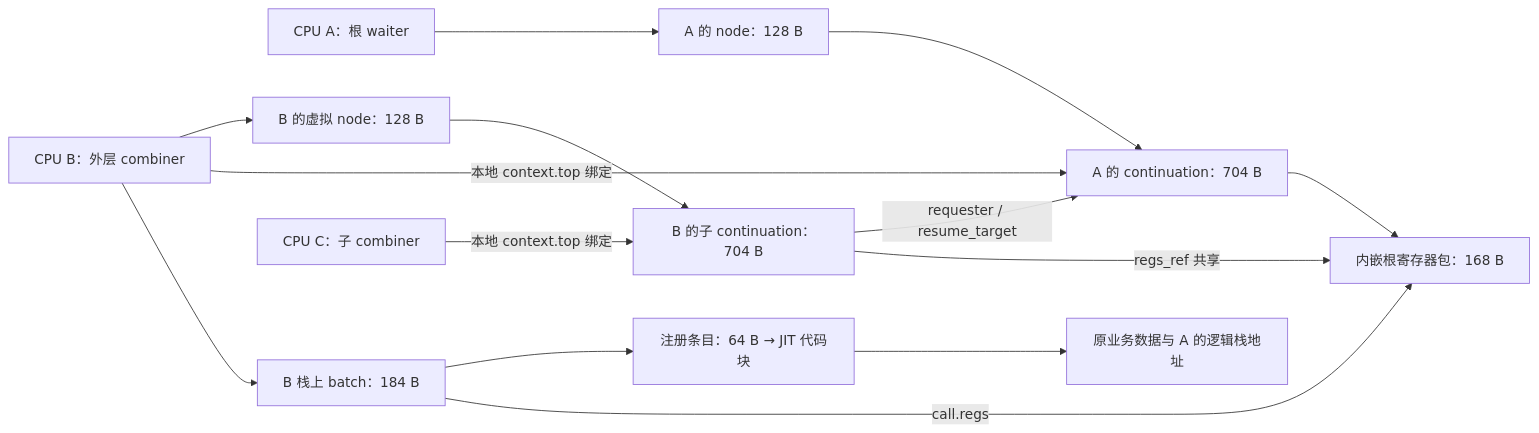
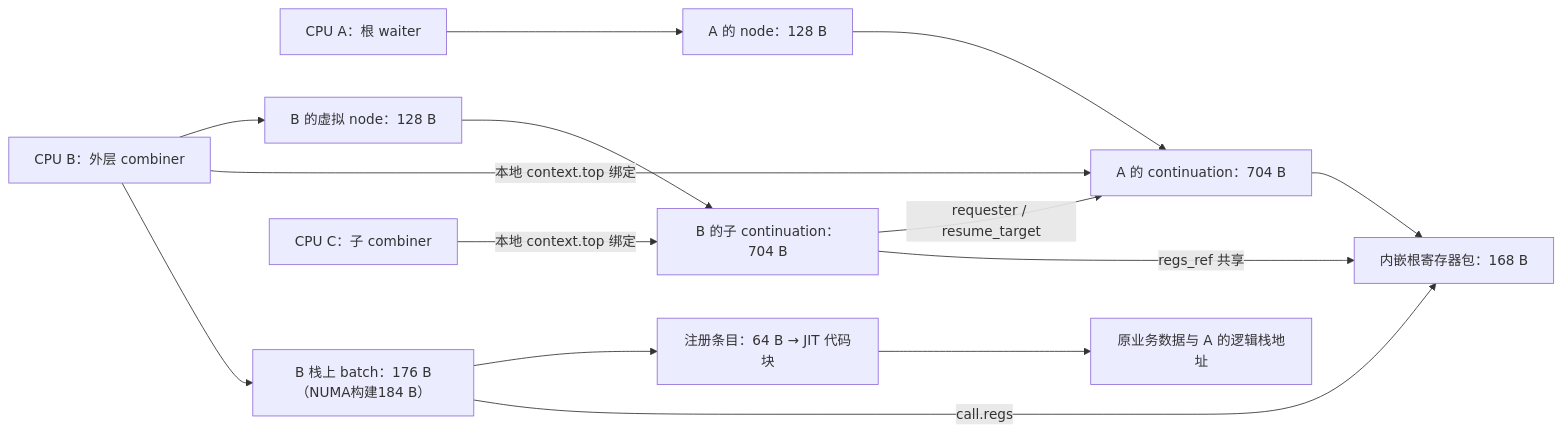
One commit to hailongeric/kdlock changed the second of 2 diagrams in bench/spin_cacheline/EXECUTION_PATHS.md. Above: the diagram before and after it, drawn with Mermaid. The commit also changed other lines of this file and 19 other files, not shown here.

````diff
--- a/bench/spin_cacheline/EXECUTION_PATHS.md
+++ b/bench/spin_cacheline/EXECUTION_PATHS.md
@@ -472,16 +472,16 @@
 ```mermaid
 flowchart LR
     A["CPU A：根 waiter"] --> NA["A 的 node：128 B"]
     NA --> RA["A 的 continuation：704 B"]
     RA --> P["内嵌根寄存器包：168 B"]
-    B["CPU B：外层 combiner"] --> CB["B 栈上 batch：184 B"]
+    B["CPU B：外层 combiner"] --> CB["B 栈上 batch：176 B（NUMA构建184 B）"]
     CB -->|call.regs| P
     B -->|本地 context.top 绑定| RA
     B --> NB["B 的虚拟 node：128 B"]
     NB --> RB["B 的子 continuation：704 B"]
     RB -->|regs_ref 共享| P
     RB -->|requester / resume_target| RA
     C["CPU C：子 combiner"] -->|本地 context.top 绑定| RB
     CB --> E["注册条目：64 B → JIT 代码块"]
     E --> D["原业务数据与 A 的逻辑栈地址"]
 ```
````
